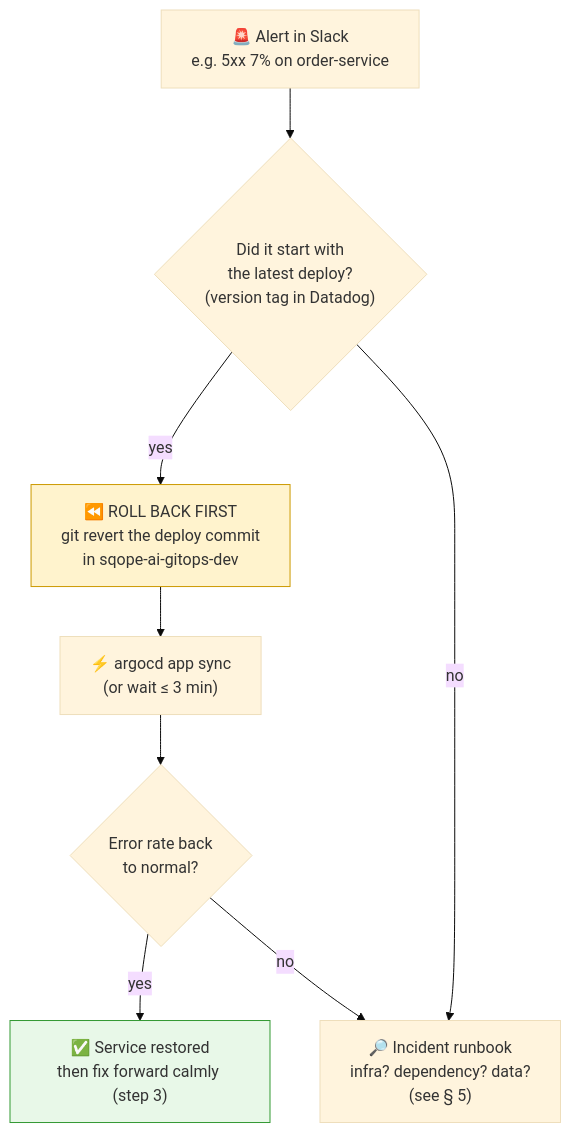
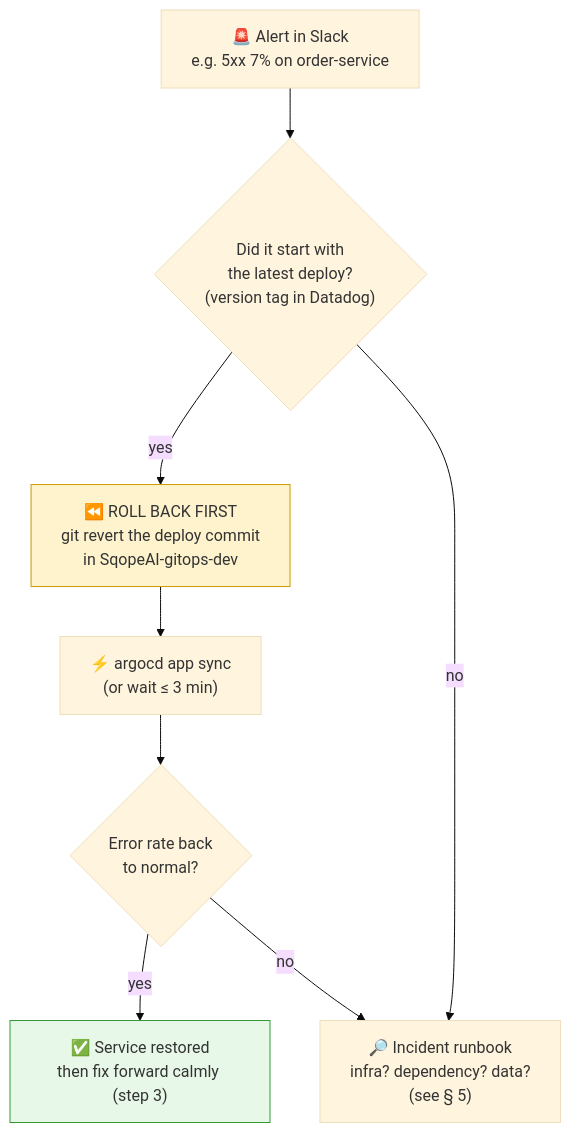
One commit to gologolo24/SqopeAI changed the third of 5 diagrams in README-DR.md. Above: the diagram before and after it, drawn with Mermaid (base theme). The commit also changed other lines of this file and 8 other files, not shown here.

First line of the commit message:
chore: rename repos to SqopeAI-infra and SqopeAI-gitops-dev

````diff
--- a/README-DR.md
+++ b/README-DR.md
@@ -120,12 +120,12 @@
 ```mermaid
 flowchart TD
     A["🚨 Alert in Slack<br/>e.g. 5xx 7% on order-service"] --> B{"Did it start with<br/>the latest deploy?<br/>(version tag in Datadog)"}
-    B -->|yes| C["⏪ ROLL BACK FIRST<br/>git revert the deploy commit<br/>in sqope-ai-gitops-dev"]
+    B -->|yes| C["⏪ ROLL BACK FIRST<br/>git revert the deploy commit<br/>in SqopeAI-gitops-dev"]
     B -->|no| D["🔎 Incident runbook<br/>infra? dependency? data?<br/>(see § 5)"]
     C --> E["⚡ argocd app sync<br/>(or wait ≤ 3 min)"]
     E --> F{"Error rate back<br/>to normal?"}
     F -->|yes| G["✅ Service restored<br/>then fix forward calmly (step 3)"]
     F -->|no| D
     style C fill:#fff3cd,stroke:#c90
     style G fill:#e8f8e8,stroke:#393
 ```
````
